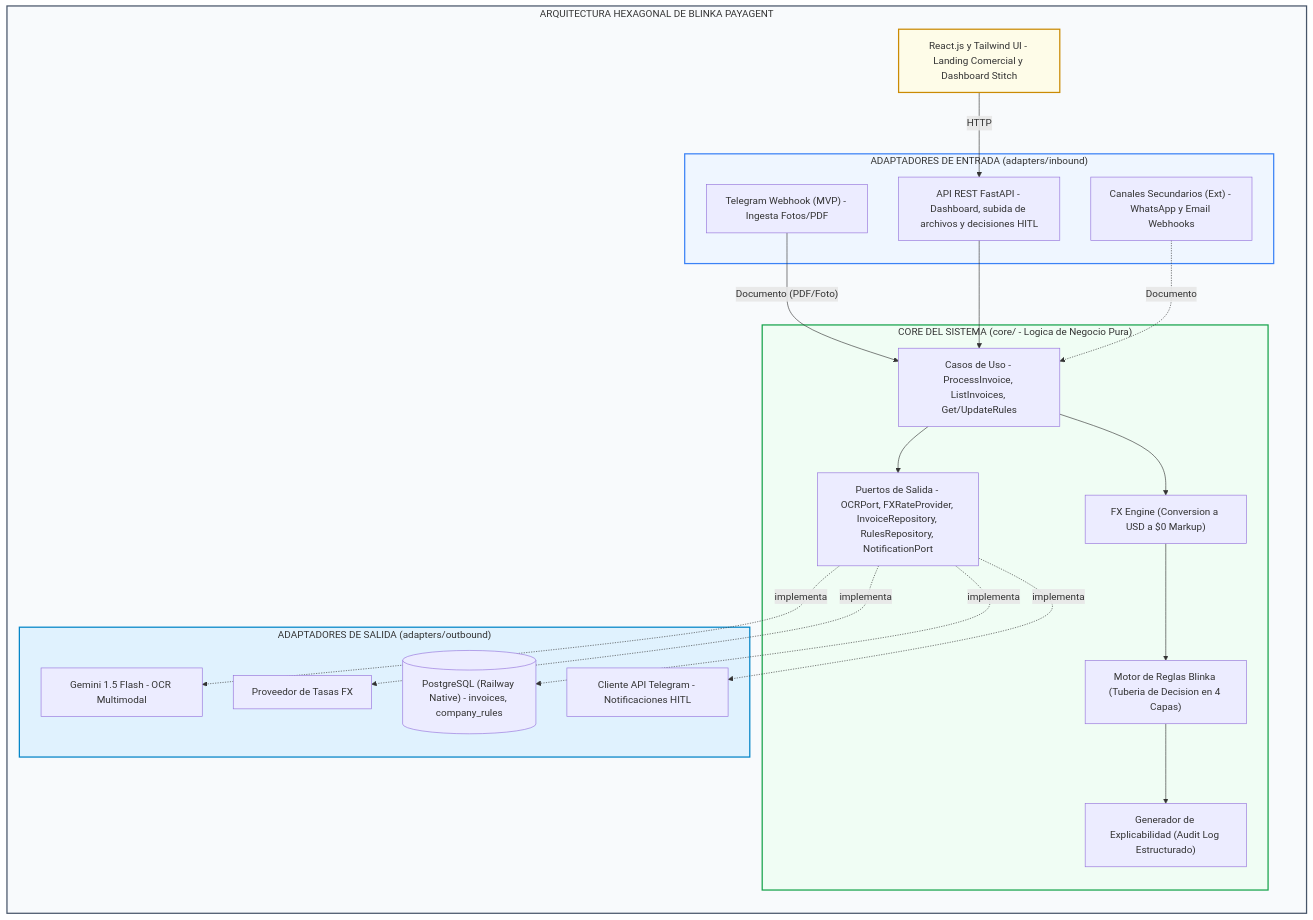
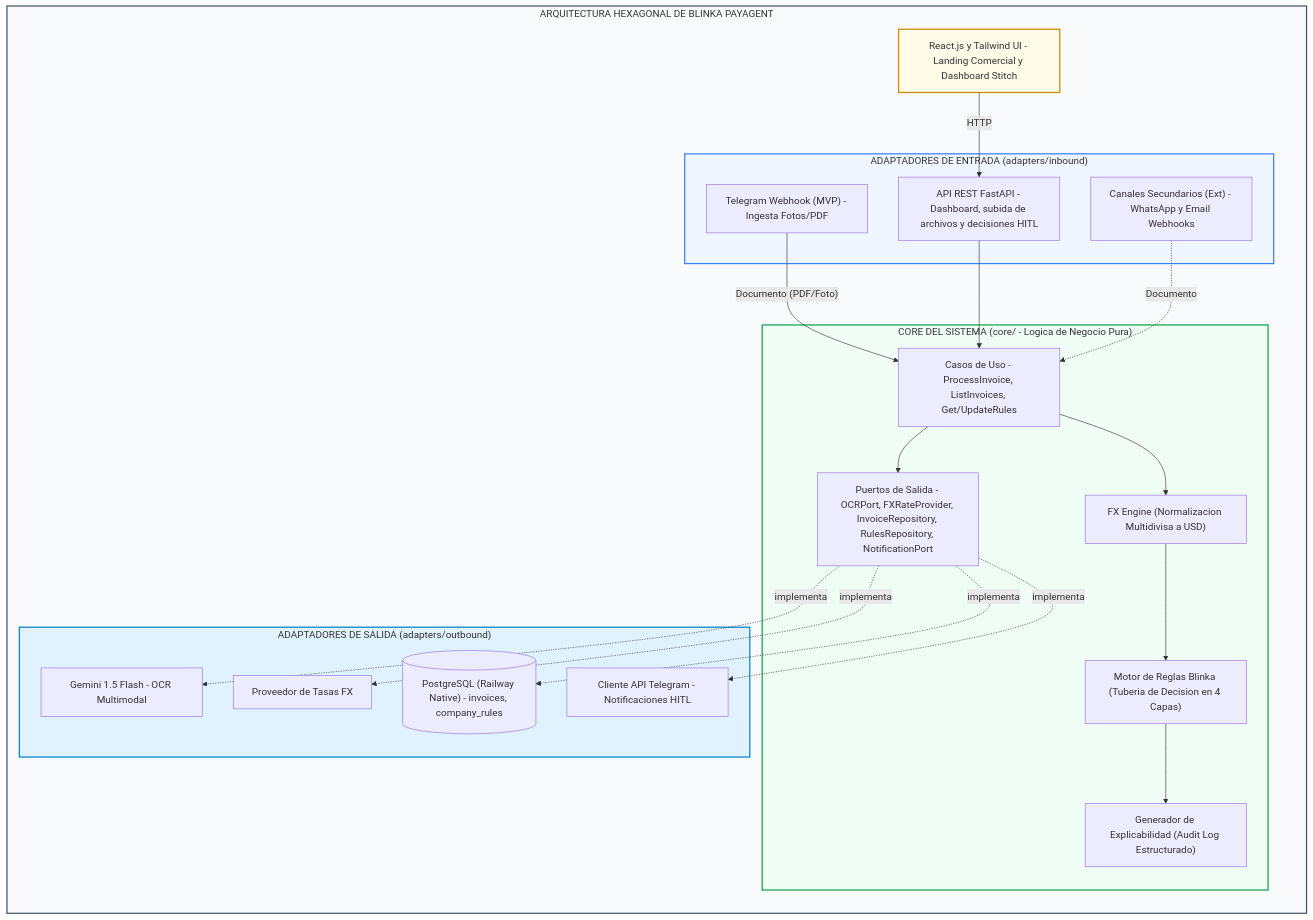
One commit to Oriojas/30X_404_team changed the first of 2 diagrams in plan_de_trabajo.md. Above: the diagram before and after it, drawn with Mermaid. The commit also changed other lines of this file and 13 other files, not shown here.

Commit message:
refactor: retirar concepto de /usr/bin/bash.00 FX Markup en frontend, docs y pitch deck; enfocar en normalización multidivisa

````diff
--- a/plan_de_trabajo.md
+++ b/plan_de_trabajo.md
@@ -18,47 +18,47 @@
 ```mermaid
 flowchart TD
     subgraph System ["ARQUITECTURA HEXAGONAL DE BLINKA PAYAGENT"]
         direction TB
 
         subgraph InAdapters ["ADAPTADORES DE ENTRADA (adapters/inbound)"]
             Telegram["Telegram Webhook (MVP) - Ingesta Fotos/PDF"]
             RestAPI["API REST FastAPI - Dashboard, subida de archivos y decisiones HITL"]
             OtherChannels["Canales Secundarios (Ext) - WhatsApp y Email Webhooks"]
         end
 
         subgraph Core ["CORE DEL SISTEMA (core/ - Logica de Negocio Pura)"]
             UseCases["Casos de Uso - ProcessInvoice, ListInvoices, Get/UpdateRules"]
-            FX["FX Engine (Conversion a USD a $0 Markup)"]
+            FX["FX Engine (Normalizacion Multidivisa a USD)"]
             Rules["Motor de Reglas Blinka (Tuberia de Decision en 4 Capas)"]
             Audit["Generador de Explicabilidad (Audit Log Estructurado)"]
             Ports["Puertos de Salida - OCRPort, FXRateProvider, InvoiceRepository, RulesRepository, NotificationPort"]
 
             UseCases --> FX --> Rules --> Audit
             UseCases --> Ports
         end
 
         subgraph OutAdapters ["ADAPTADORES DE SALIDA (adapters/outbound)"]
             Gemini["Gemini 1.5 Flash - OCR Multimodal"]
             Rates["Proveedor de Tasas FX"]
             DB[("PostgreSQL (Railway Native) - invoices, company_rules")]
             TgClient["Cliente API Telegram - Notificaciones HITL"]
         end
 
         ReactUI["React.js y Tailwind UI - Landing Comercial y Dashboard Stitch"]
 
         ReactUI -->|"HTTP"| RestAPI
         Telegram -->|"Documento (PDF/Foto)"| UseCases
         RestAPI --> UseCases
         OtherChannels -.->|"Documento"| UseCases
         Ports -.->|"implementa"| Gemini
         Ports -.->|"implementa"| Rates
         Ports -.->|"implementa"| DB
         Ports -.->|"implementa"| TgClient
     end
 
     style System fill:#f8fafc,stroke:#475569,stroke-width:2px
     style InAdapters fill:#eff6ff,stroke:#3b82f6,stroke-width:2px
     style OutAdapters fill:#e0f2fe,stroke:#0284c7,stroke-width:2px
     style Core fill:#f0fdf4,stroke:#16a34a,stroke-width:2px
     style ReactUI fill:#fefce8,stroke:#ca8a04,stroke-width:2px
 ```
````
